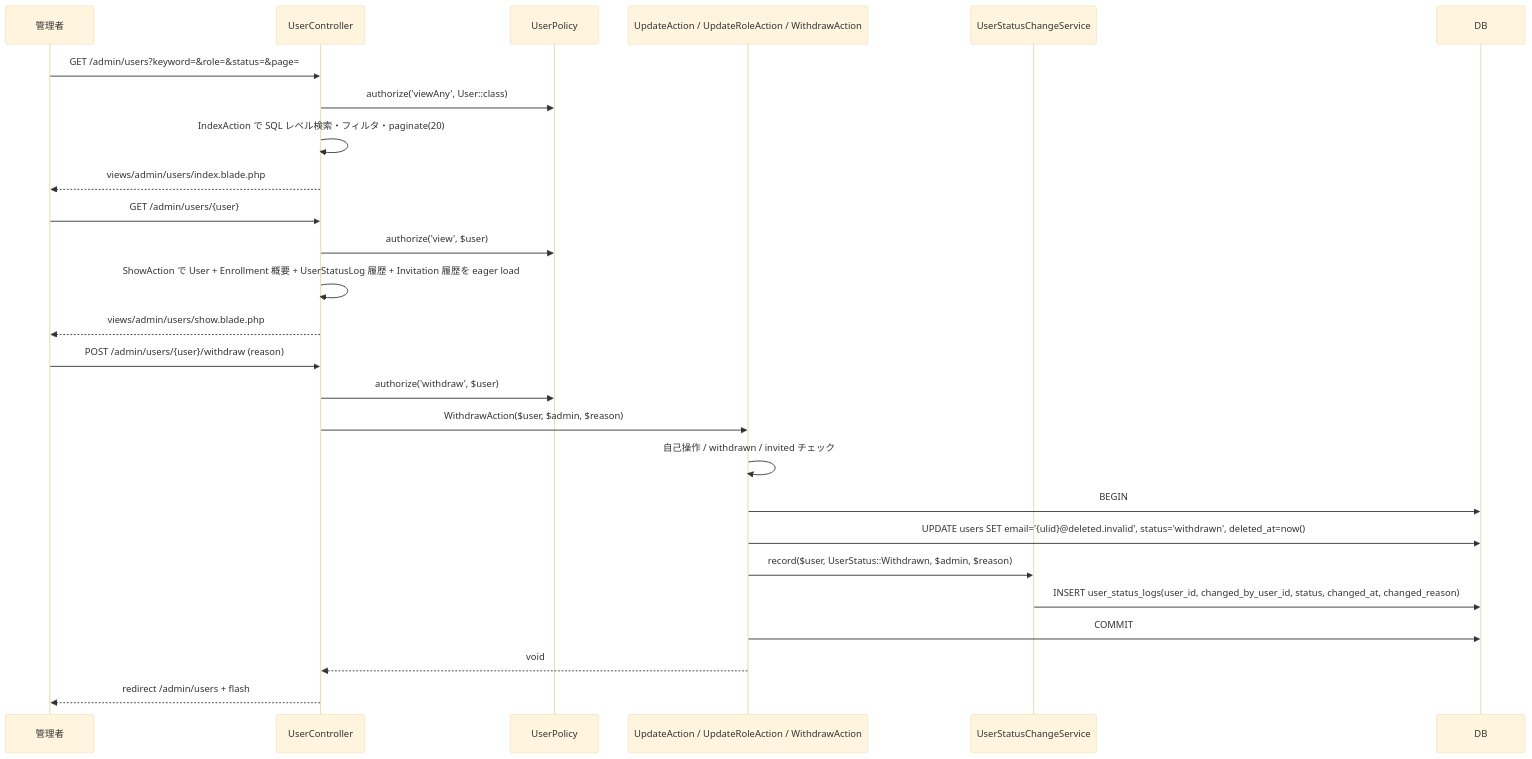
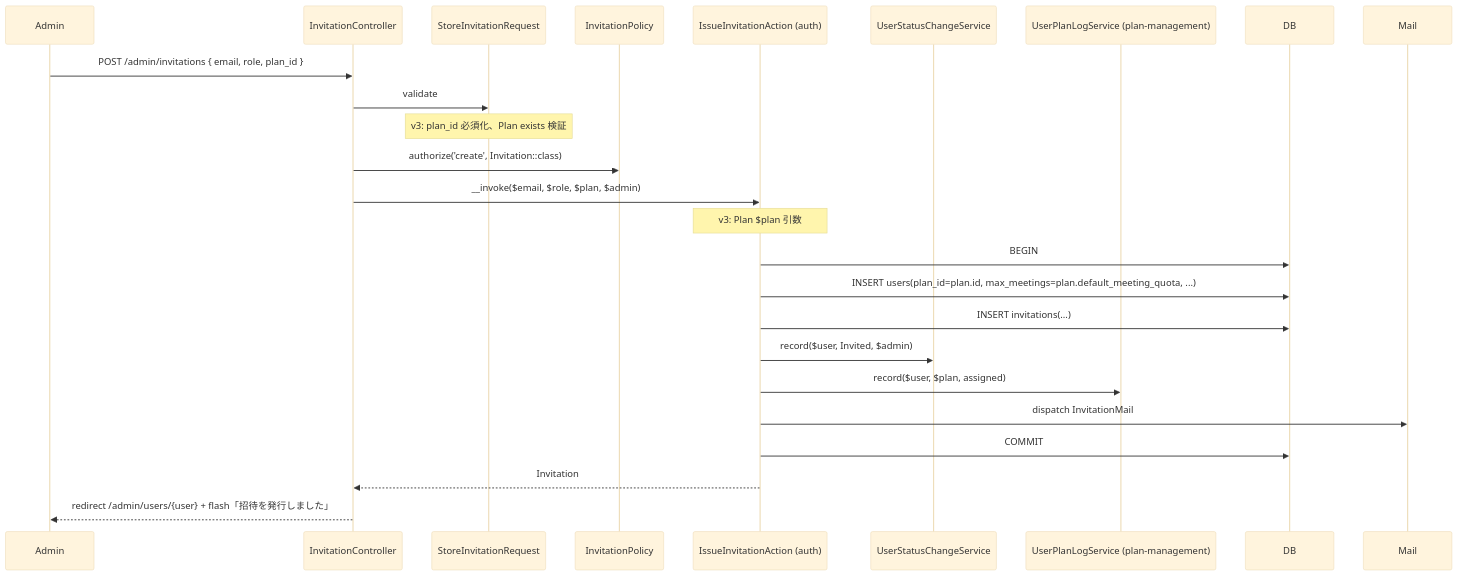
The first of 5 diagrams in docs/specs/user-management/design.md (coachtech-mockcase-second/ExampleAnswer-mockcase-CertifyLMS), drawn with Mermaid (base theme) before and after one commit. The commit also changed other lines of this file and 67 other files, not shown here.

````diff
--- a/docs/specs/user-management/design.md
+++ b/docs/specs/user-management/design.md
@@ -9,31 +24,26 @@
 ```mermaid
 sequenceDiagram
-    participant Admin as 管理者
-    participant UC as UserController
-    participant Pol as UserPolicy
-    participant UA as UpdateAction / UpdateRoleAction / WithdrawAction
-    participant Svc as UserStatusChangeService
-    participant DB as DB
+    participant Admin
+    participant InvController as InvitationController
+    participant Req as StoreInvitationRequest
+    participant Pol as InvitationPolicy
+    participant IIA as IssueInvitationAction (auth)
+    participant USCS as UserStatusChangeService
+    participant UPL as UserPlanLogService (plan-management)
 
-    Admin->>UC: GET /admin/users?keyword=&role=&status=&page=
-    UC->>Pol: authorize('viewAny', User::class)
-    UC->>UC: IndexAction で SQL レベル検索・フィルタ・paginate(20)
-    UC-->>Admin: views/admin/users/index.blade.php
-
-    Admin->>UC: GET /admin/users/{user}
-    UC->>Pol: authorize('view', $user)
-    UC->>UC: ShowAction で User + Enrollment 概要 + UserStatusLog 履歴 + Invitation 履歴を eager load
-    UC-->>Admin: views/admin/users/show.blade.php
-
-    Admin->>UC: POST /admin/users/{user}/withdraw (reason)
-    UC->>Pol: authorize('withdraw', $user)
-    UC->>UA: WithdrawAction($user, $admin, $reason)
-    UA->>UA: 自己操作 / withdrawn / invited チェック
-    UA->>DB: BEGIN
-    UA->>DB: UPDATE users SET email='{ulid}@deleted.invalid', status='withdrawn', deleted_at=now()
-    UA->>Svc: record($user, UserStatus::Withdrawn, $admin, $reason)
-    Svc->>DB: INSERT user_status_logs(user_id, changed_by_user_id, status, changed_at, changed_reason)
-    UA->>DB: COMMIT
-    UA-->>UC: void
-    UC-->>Admin: redirect /admin/users + flash
+    Admin->>InvController: POST /admin/invitations { email, role, plan_id }
+    InvController->>Req: validate
+    Note over Req: v3: plan_id 必須化、Plan exists 検証
+    InvController->>Pol: authorize('create', Invitation::class)
+    InvController->>IIA: __invoke($email, $role, $plan, $admin)
+    Note over IIA: v3: Plan $plan 引数
+    IIA->>DB: BEGIN
+    IIA->>DB: INSERT users(plan_id=plan.id, max_meetings=plan.default_meeting_quota, ...)
+    IIA->>DB: INSERT invitations(...)
+    IIA->>USCS: record($user, Invited, $admin)
+    IIA->>UPL: record($user, $plan, assigned)
+    IIA->>Mail: dispatch InvitationMail
+    IIA->>DB: COMMIT
+    IIA-->>InvController: Invitation
+    InvController-->>Admin: redirect /admin/users/{user} + flash「招待を発行しました」
 ```
````
